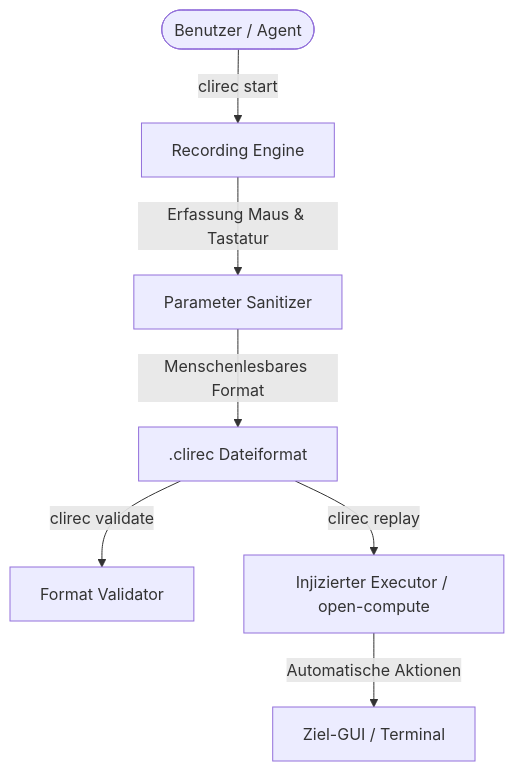
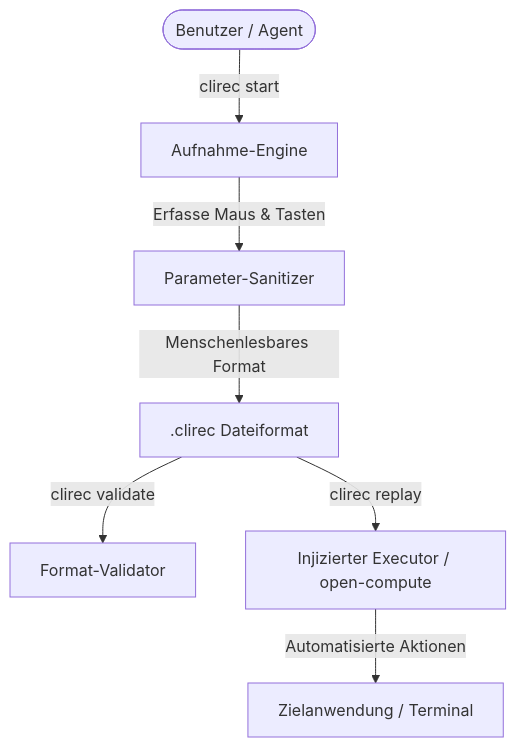
One commit to ellmos-ai/clirec changed the diagram in README_de.md. Above: the diagram before and after it, drawn with Mermaid. The commit also changed other lines of this file and 8 other files, not shown here.

Commit message:
feat(marketing): Pfad B discoverability, visual architecture, target personas, comparative matrix & license audit [G 2026-09-16]

````diff
--- a/README_de.md
+++ b/README_de.md
@@ -30,9 +156,9 @@
 ```mermaid
 graph TD
-    User(["Benutzer / Agent"]) -->|clirec start| Recorder["Recording Engine"]
-    Recorder -->|Erfassung Maus & Tastatur| Param["Parameter Sanitizer"]
-    Param -->|Menschenlesbares Format| Spec[".clirec Dateiformat"]
-    Spec -->|clirec validate| Val["Format Validator"]
-    Spec -->|clirec replay| Executor["Injizierter Executor / open-compute"]
-    Executor -->|Automatische Aktionen| TargetApp["Ziel-GUI / Terminal"]
+    User(["Benutzer / Agent"]) -->|"clirec start"| Recorder["Aufnahme-Engine"]
+    Recorder -->|"Erfasse Maus & Tasten"| Param["Parameter-Sanitizer"]
+    Param -->|"Menschenlesbares Format"| Spec[".clirec Dateiformat"]
+    Spec -->|"clirec validate"| Val["Format-Validator"]
+    Spec -->|"clirec replay"| Executor["Injizierter Executor / open-compute"]
+    Executor -->|"Automatisierte Aktionen"| TargetApp["Zielanwendung / Terminal"]
 ```
````
